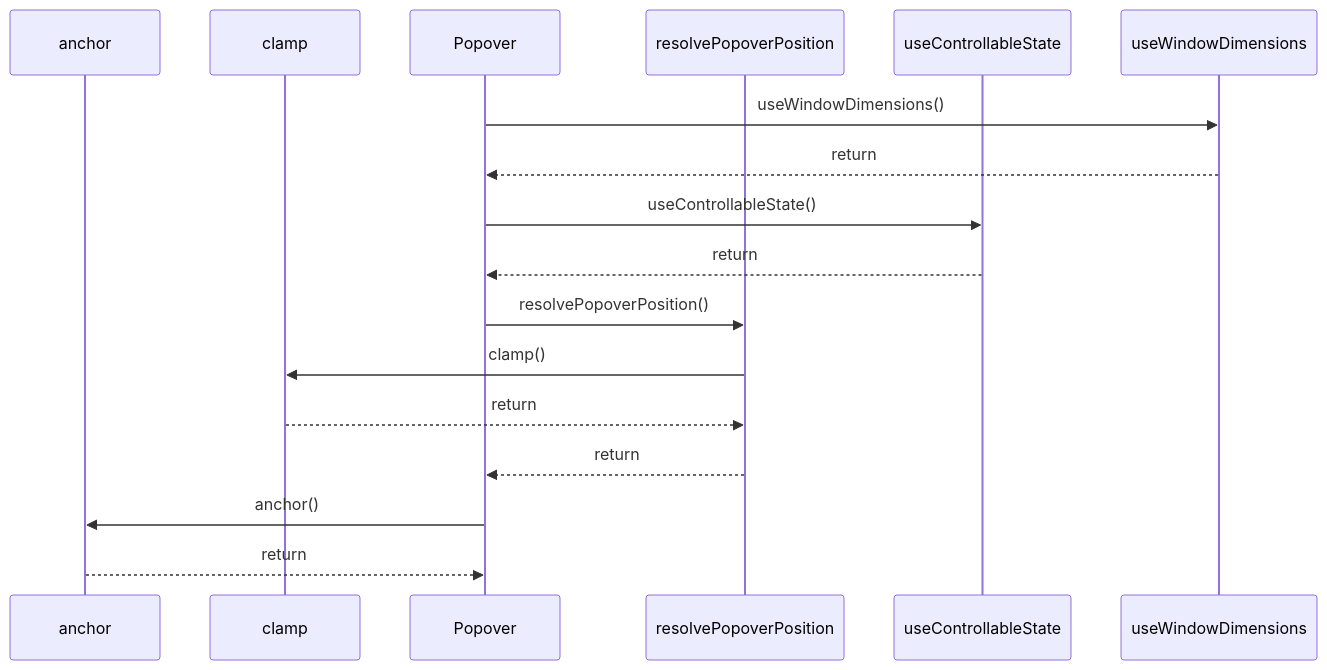
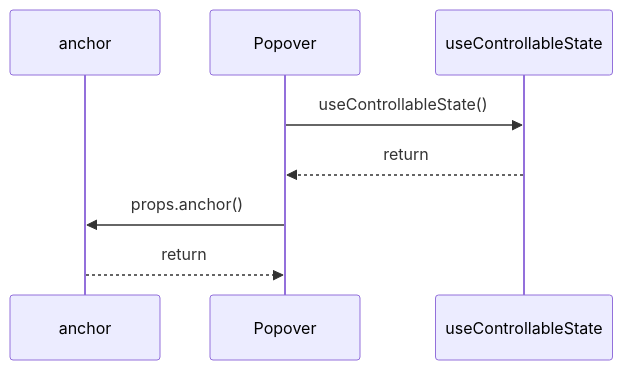
Before and after one commit to ankhorage/surface: the diagram in paradox/diagrams/sequences/popover.mmd, drawn with Mermaid. The commit also changed 48 other files, not shown here.

```diff
--- a/paradox/diagrams/sequences/popover.mmd
+++ b/paradox/diagrams/sequences/popover.mmd
@@ -1,17 +1,8 @@
 sequenceDiagram
   participant participant_anchor as anchor
-  participant participant_clamp as clamp
   participant participant_Popover as Popover
-  participant participant_resolvePopoverPosition as resolvePopoverPosition
   participant participant_useControllableState as useControllableState
-  participant participant_useWindowDimensions as useWindowDimensions
-  participant_Popover->>participant_useWindowDimensions: useWindowDimensions()
-  participant_useWindowDimensions-->>participant_Popover: return
   participant_Popover->>participant_useControllableState: useControllableState()
   participant_useControllableState-->>participant_Popover: return
-  participant_Popover->>participant_resolvePopoverPosition: resolvePopoverPosition()
-  participant_resolvePopoverPosition->>participant_clamp: clamp()
-  participant_clamp-->>participant_resolvePopoverPosition: return
-  participant_resolvePopoverPosition-->>participant_Popover: return
-  participant_Popover->>participant_anchor: anchor()
+  participant_Popover->>participant_anchor: props.anchor()
   participant_anchor-->>participant_Popover: return
```
